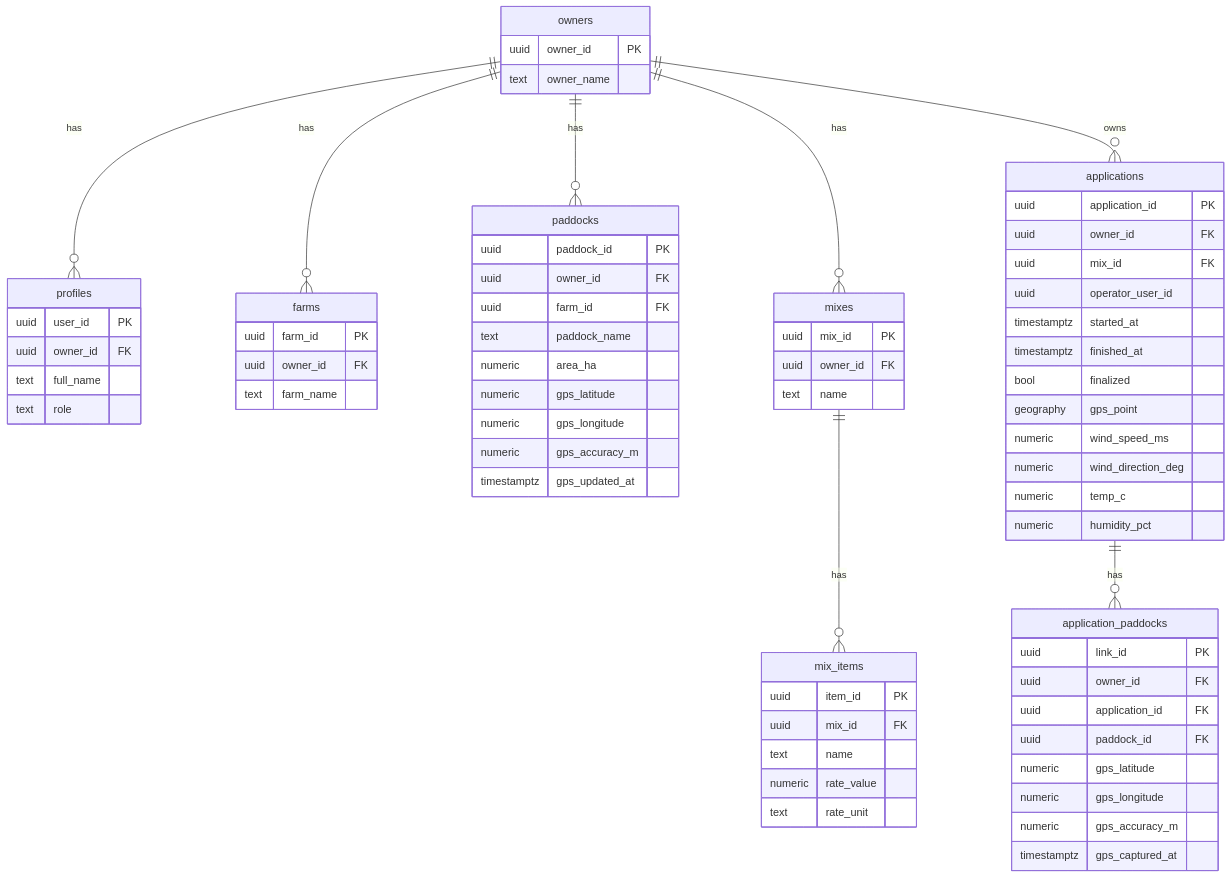
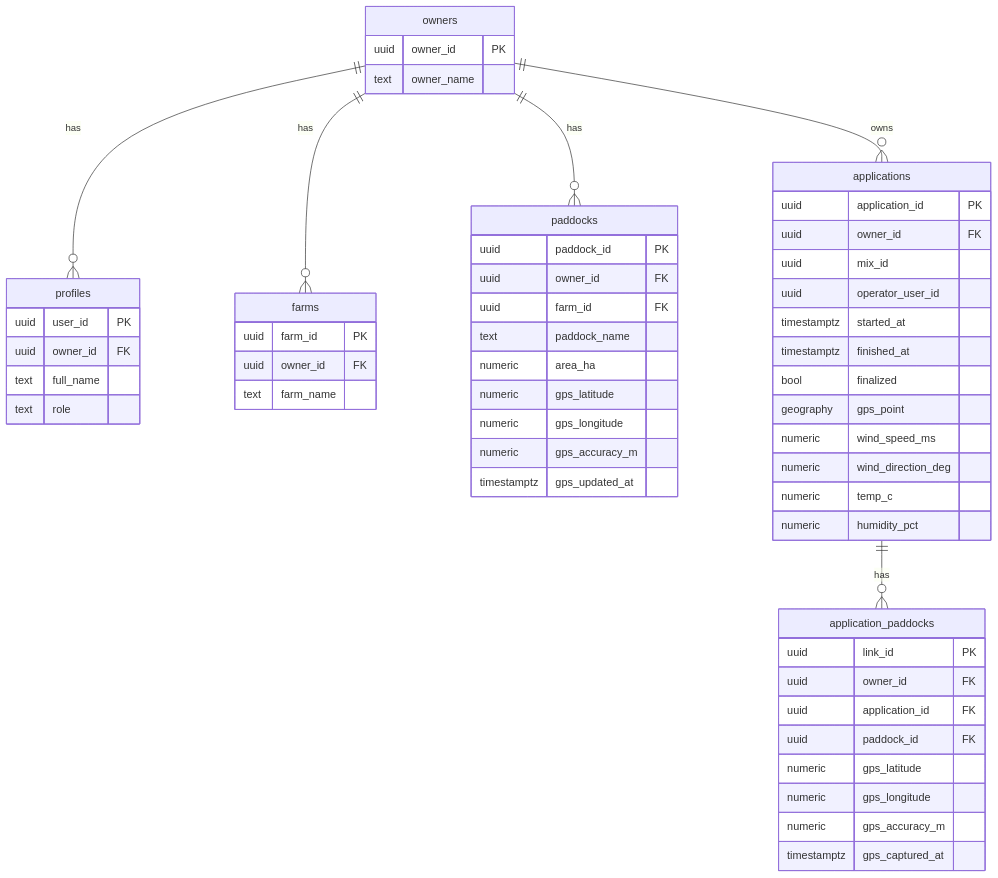
One commit to rusty61/On-Farm-inputs-QA-App changed the second of 3 diagrams in docs/DesignBrief.md. Above: the diagram before and after it, drawn with Mermaid. The commit also changed other lines of this file, not shown here.

Commit message:
Update ER diagram to reflect current data models

````diff
--- a/docs/DesignBrief.md
+++ b/docs/DesignBrief.md
@@ -41,73 +41,59 @@
 ```mermaid
 erDiagram
   owners ||--o{ profiles : "has"
   owners ||--o{ farms : "has"
   owners ||--o{ paddocks : "has"
-  owners ||--o{ mixes : "has"
-  mixes ||--o{ mix_items : "has"
   owners ||--o{ applications : "owns"
   applications ||--o{ application_paddocks : "has"
 
   owners {
     uuid owner_id PK
     text owner_name
   }
   profiles {
     uuid user_id PK
     uuid owner_id FK
     text full_name
     text role
   }
   farms {
     uuid farm_id PK
     uuid owner_id FK
     text farm_name
   }
   paddocks {
     uuid paddock_id PK
     uuid owner_id FK
     uuid farm_id FK
     text paddock_name
     numeric area_ha
     numeric gps_latitude
     numeric gps_longitude
     numeric gps_accuracy_m
     timestamptz gps_updated_at
   }
-  mixes {
-    uuid mix_id PK
-    uuid owner_id FK
-    text name
-  }
-  mix_items {
-    uuid item_id PK
-    uuid mix_id FK
-    text name
-    numeric rate_value
-    text rate_unit
-  }
   applications {
     uuid application_id PK
     uuid owner_id FK
-    uuid mix_id FK
+    uuid mix_id
     uuid operator_user_id
     timestamptz started_at
     timestamptz finished_at
     bool finalized
     geography gps_point
     numeric wind_speed_ms
     numeric wind_direction_deg
     numeric temp_c
     numeric humidity_pct
   }
   application_paddocks {
     uuid link_id PK
     uuid owner_id FK
     uuid application_id FK
     uuid paddock_id FK
     numeric gps_latitude
     numeric gps_longitude
     numeric gps_accuracy_m
     timestamptz gps_captured_at
   }
 ```
````
